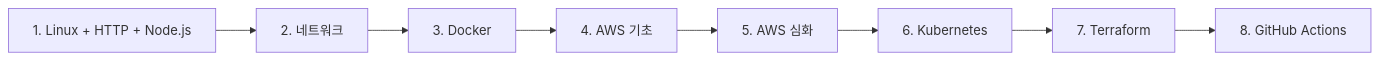
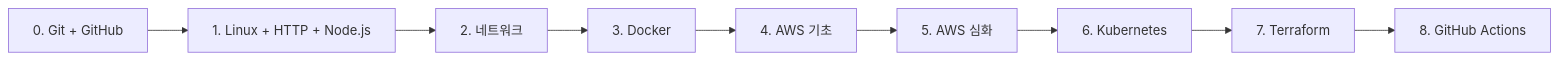
Before and after one commit to skkuding/cookbook: the diagram in content/docs/infra/Getting Started.md, drawn with Mermaid. The commit also changed other lines of this file and 4 other files, not shown here.

````diff
--- a/content/docs/infra/Getting Started.md
+++ b/content/docs/infra/Getting Started.md
@@ -24,10 +24,11 @@
 ```mermaid
 flowchart LR
-  A["1. Linux + HTTP + Node.js"] --> B["2. 네트워크"]
+  Z["0. Git + GitHub"] --> A["1. Linux + HTTP + Node.js"]
+  A --> B["2. 네트워크"]
   B --> C["3. Docker"]
   C --> D["4. AWS 기초"]
   D --> E["5. AWS 심화"]
   E --> F["6. Kubernetes"]
   F --> G["7. Terraform"]
   G --> H["8. GitHub Actions"]
 ```
````
